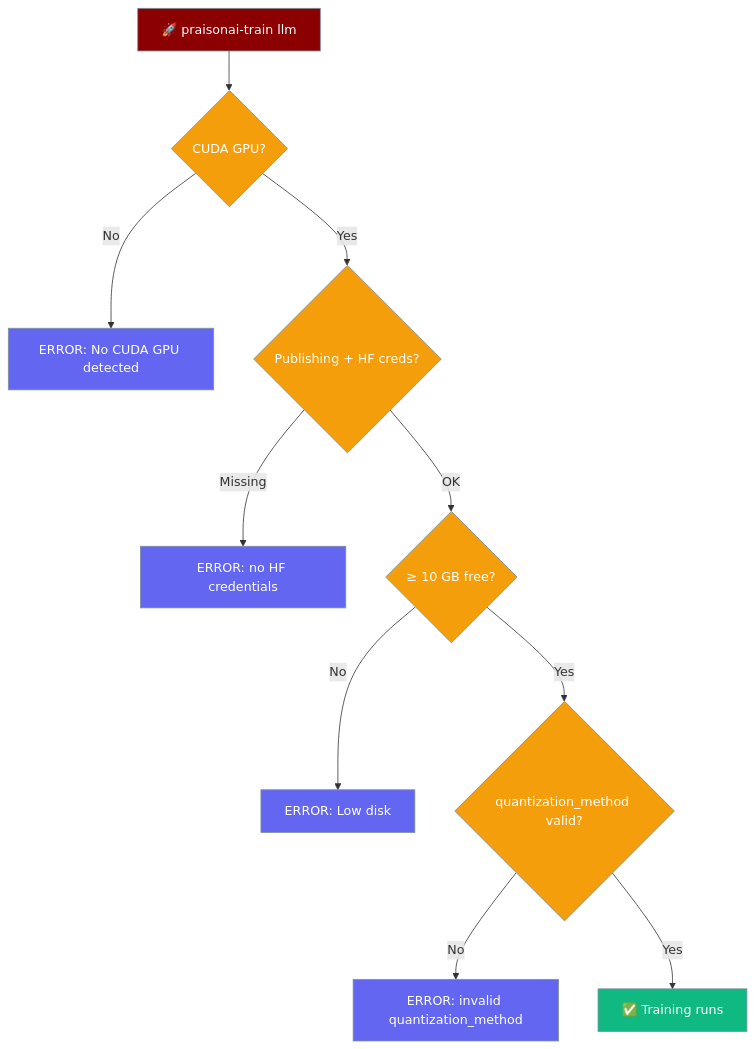
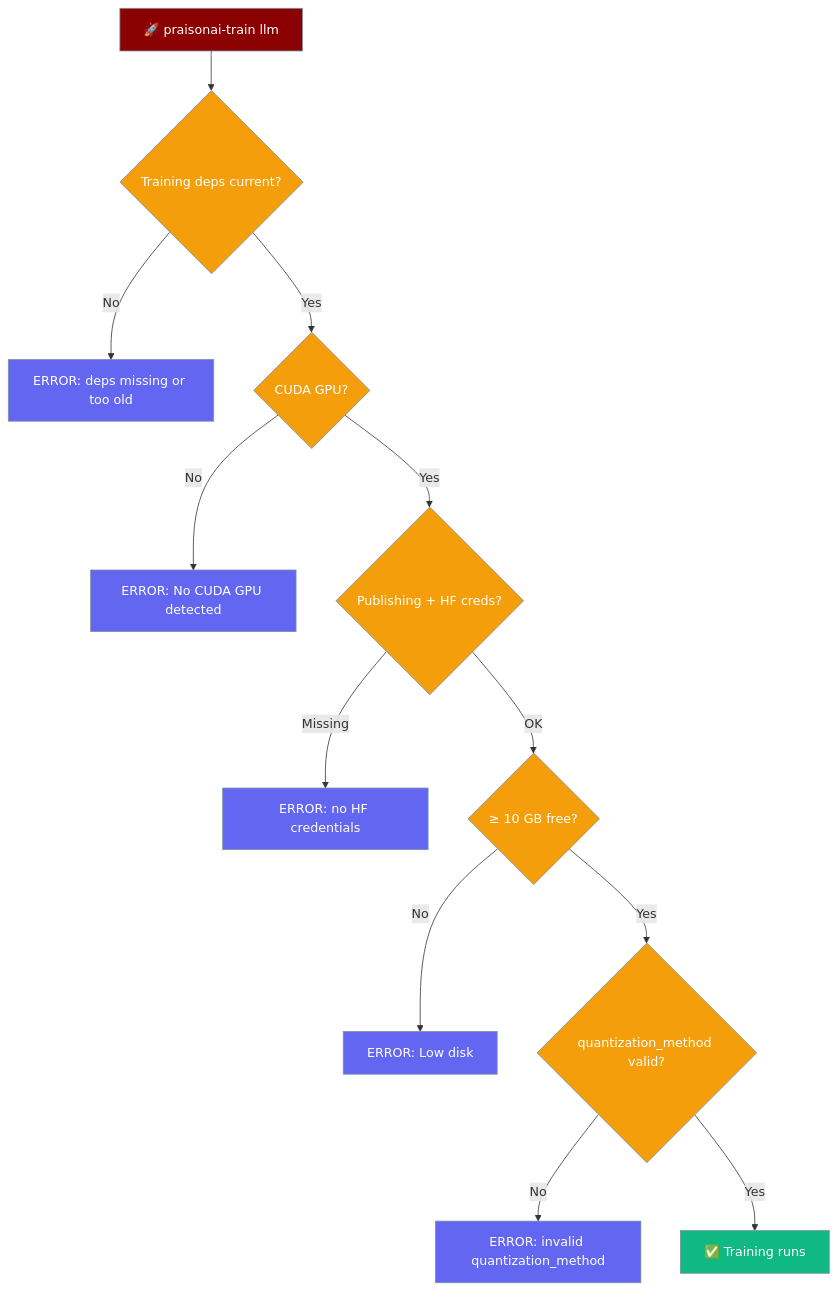
One commit to MervinPraison/PraisonAIDocs changed the fifth of 14 diagrams in docs/train.mdx. Above: the diagram before and after it, drawn with Mermaid. The commit also changed other lines of this file and 3 other files, not shown here.

````diff
--- a/docs/train.mdx
+++ b/docs/train.mdx
@@ -363,22 +368,24 @@
 ```mermaid
 graph TB
-    Start[🚀 praisonai-train llm] --> GPU{CUDA GPU?}
+    Start[🚀 praisonai-train llm] --> Ver{Training deps current?}
+    Ver -->|No| E0[ERROR: deps missing or too old]
+    Ver -->|Yes| GPU{CUDA GPU?}
     GPU -->|No| E1[ERROR: No CUDA GPU detected]
     GPU -->|Yes| Tok{Publishing + HF creds?}
     Tok -->|Missing| E2[ERROR: no HF credentials]
     Tok -->|OK| Disk{≥ 10 GB free?}
     Disk -->|No| E3[ERROR: Low disk]
     Disk -->|Yes| Quant{quantization_method valid?}
     Quant -->|No| E4[ERROR: invalid quantization_method]
     Quant -->|Yes| Run[✅ Training runs]
 
     classDef input fill:#8B0000,stroke:#7C90A0,color:#fff
     classDef question fill:#F59E0B,stroke:#7C90A0,color:#fff
     classDef error fill:#6366F1,stroke:#7C90A0,color:#fff
     classDef success fill:#10B981,stroke:#7C90A0,color:#fff
 
     class Start input
-    class GPU,Tok,Disk,Quant question
-    class E1,E2,E3,E4 error
+    class Ver,GPU,Tok,Disk,Quant question
+    class E0,E1,E2,E3,E4 error
     class Run success
 ```
````
